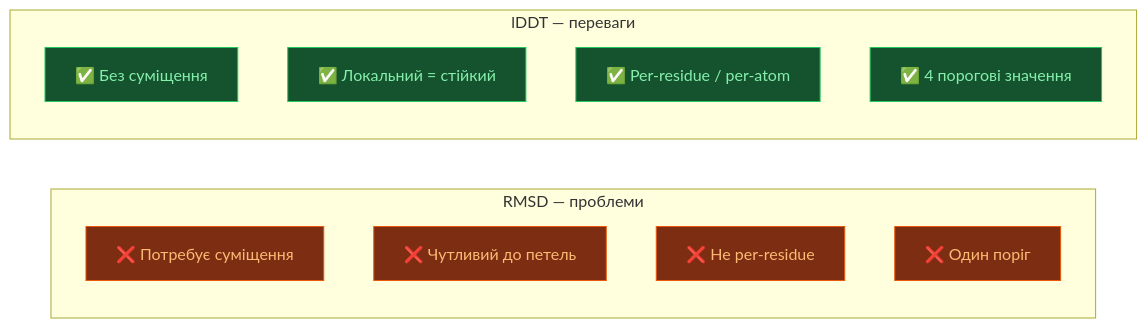
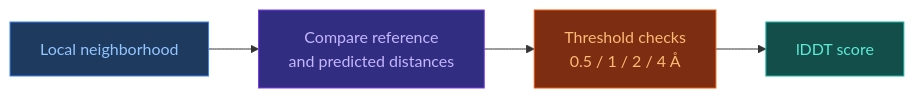
One commit to OlehVolkov/AlphaFold3-AIGen-KnowledgeBase changed the diagram in UA/2. Концепції/2.3. Структурна-Біоінформатика/2.3.2. lDDT.md. Above: the diagram before and after it, drawn with Mermaid. The commit also changed other lines of this file and 33 other files, not shown here.

````diff
--- a/UA/2. Концепції/2.3. Структурна-Біоінформатика/2.3.2. lDDT.md
+++ b/UA/2. Концепції/2.3. Структурна-Біоінформатика/2.3.2. lDDT.md
@@ -27,21 +49,13 @@
 ```mermaid
 flowchart LR
-    subgraph RMSD["RMSD — проблеми"]
-        R1["❌ Потребує суміщення"]
-        R2["❌ Чутливий до петель"]
-        R3["❌ Не per-residue"]
-        R4["❌ Один поріг"]
-    end
+    N["Local neighborhood"]:::input --> C["Compare reference<br/>and predicted distances"]:::trunk
+    C --> T["Threshold checks<br/>0.5 / 1 / 2 / 4 Å"]:::confidence
+    T --> L["lDDT score"]:::output
 
-    subgraph LDDT["lDDT — переваги"]
-        L1["✅ Без суміщення"]
-        L2["✅ Локальний = стійкий"]
-        L3["✅ Per-residue / per-atom"]
-        L4["✅ 4 порогові значення"]
-    end
-
-    classDef bad  fill:#7c2d12,stroke:#ea580c,color:#fdba74
-    classDef good fill:#14532d,stroke:#22c55e,color:#86efac
-    class R1,R2,R3,R4 bad
-    class L1,L2,L3,L4 good
+    classDef input fill:#1e3a5f,stroke:#3b82f6,color:#93c5fd
+    classDef trunk fill:#312e81,stroke:#7c3aed,color:#c4b5fd
+    classDef diffusion fill:#14532d,stroke:#22c55e,color:#86efac
+    classDef confidence fill:#7c2d12,stroke:#ea580c,color:#fdba74
+    classDef output fill:#134e4a,stroke:#14b8a6,color:#5eead4
+    classDef neutral fill:#1e293b,stroke:#475569,color:#94a3b8
 ```
````
